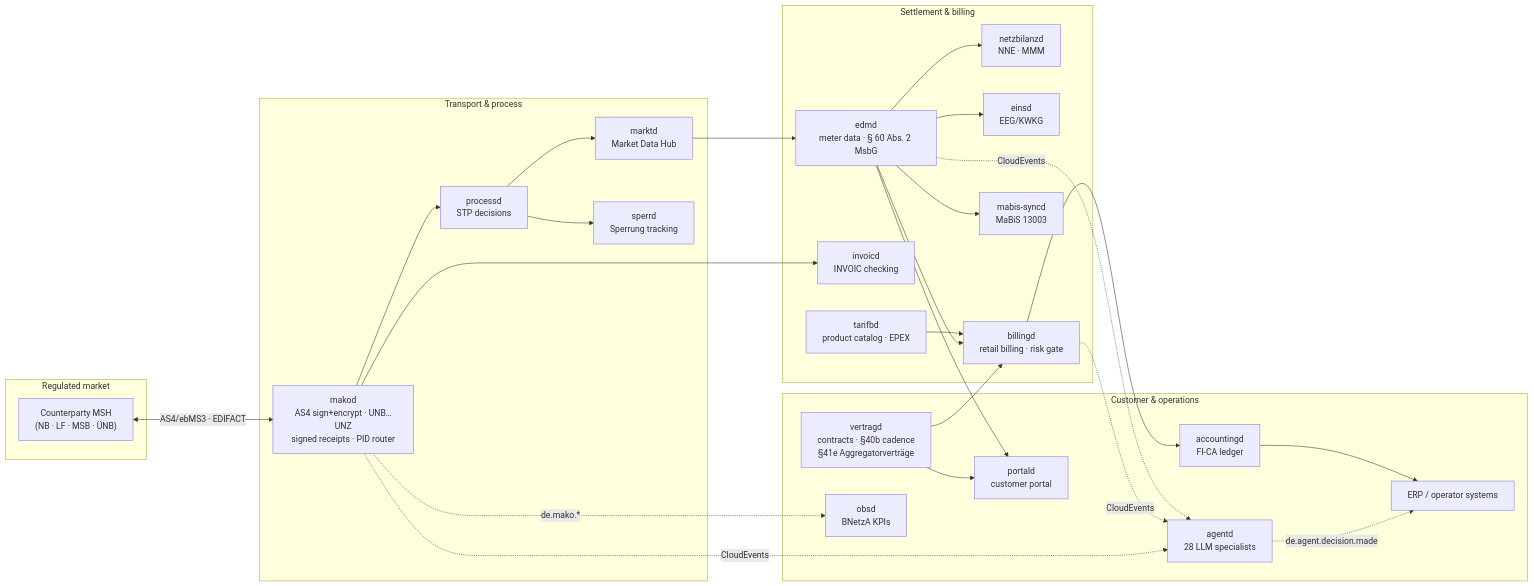
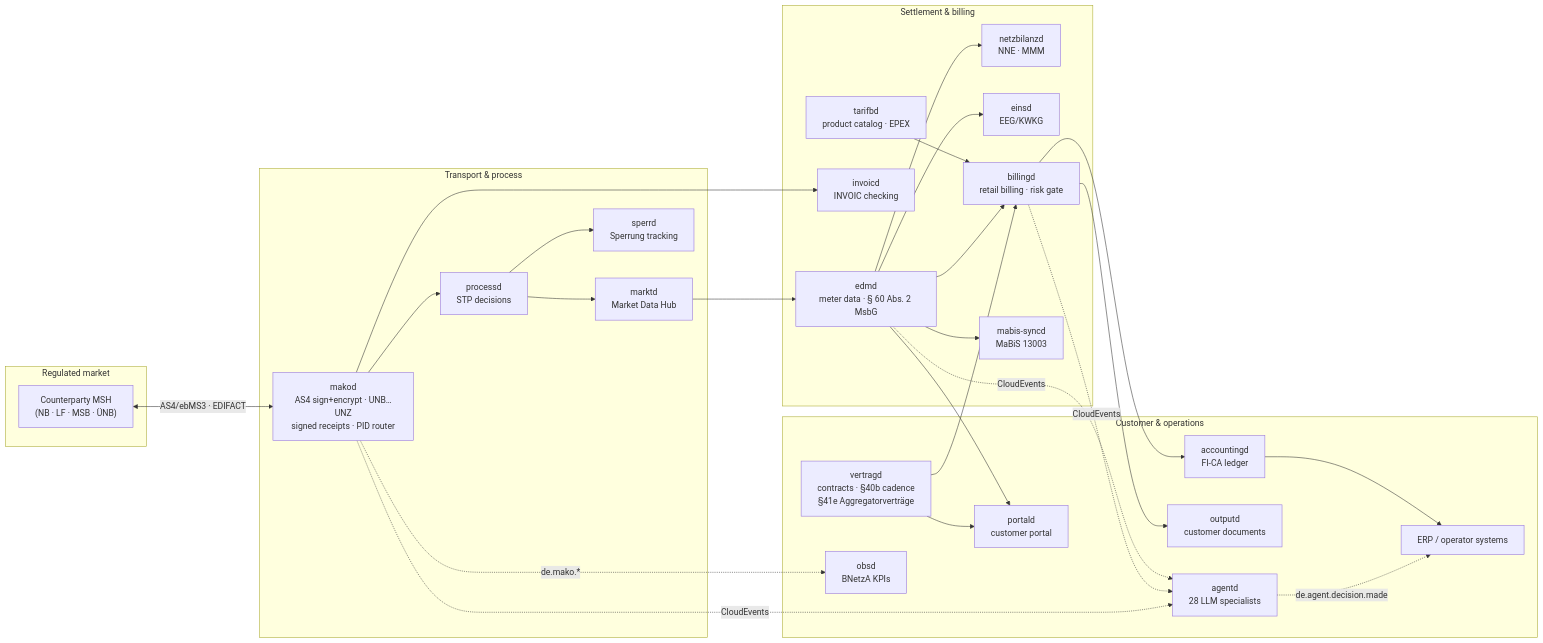
Before and after one commit to hupe1980/mako: the diagram in README.md, drawn with Mermaid. The commit also changed other lines of this file and 101 other files, not shown here.

````diff
--- a/README.md
+++ b/README.md
@@ -35,46 +35,48 @@
 ```mermaid
 flowchart LR
     subgraph Market["Regulated market"]
         MP["Counterparty MSH<br/>(NB · LF · MSB · ÜNB)"]
     end
 
     subgraph Transport["Transport & process"]
         MAKOD["makod<br/>AS4 sign+encrypt · UNB…UNZ<br/>signed receipts · PID router"]
         PROCESSD["processd<br/>STP decisions"]
         MARKTD["marktd<br/>Market Data Hub"]
         SPERRD["sperrd<br/>Sperrung tracking"]
     end
 
     subgraph Settlement["Settlement & billing"]
         EDMD["edmd<br/>meter data · § 60 Abs. 2 MsbG"]
         NETZB["netzbilanzd<br/>NNE · MMM"]
         EINSD["einsd<br/>EEG/KWKG"]
         BILLINGD["billingd<br/>retail billing · risk gate"]
         INVOICD["invoicd<br/>INVOIC checking"]
         MABIS["mabis-syncd<br/>MaBiS 13003"]
         TARIFBD["tarifbd<br/>product catalog · EPEX"]
     end
 
     subgraph Business["Customer & operations"]
         VERTRAGD["vertragd<br/>contracts · §40b cadence<br/>§41e Aggregatorverträge"]
         ACCOUNTINGD["accountingd<br/>FI-CA ledger"]
+        OUTPUTD["outputd<br/>customer documents"]
         PORTALD["portald<br/>customer portal"]
         OBSD["obsd<br/>BNetzA KPIs"]
         AGENTD["agentd<br/>28 LLM specialists"]
         ERP["ERP / operator systems"]
     end
 
     MP <-->|"AS4/ebMS3 · EDIFACT"| MAKOD
     MAKOD --> PROCESSD --> MARKTD
     MARKTD --> EDMD --> NETZB & EINSD & BILLINGD & MABIS
     MAKOD --> INVOICD
     TARIFBD --> BILLINGD
     BILLINGD --> ACCOUNTINGD
+    BILLINGD --> OUTPUTD
     VERTRAGD --> BILLINGD
     PROCESSD --> SPERRD
     EDMD & VERTRAGD --> PORTALD
     MAKOD -.->|"de.mako.*"| OBSD
     MAKOD & BILLINGD & EDMD -.->|"CloudEvents"| AGENTD
     AGENTD -.->|"de.agent.decision.made"| ERP
     ACCOUNTINGD --> ERP
 ```
````
